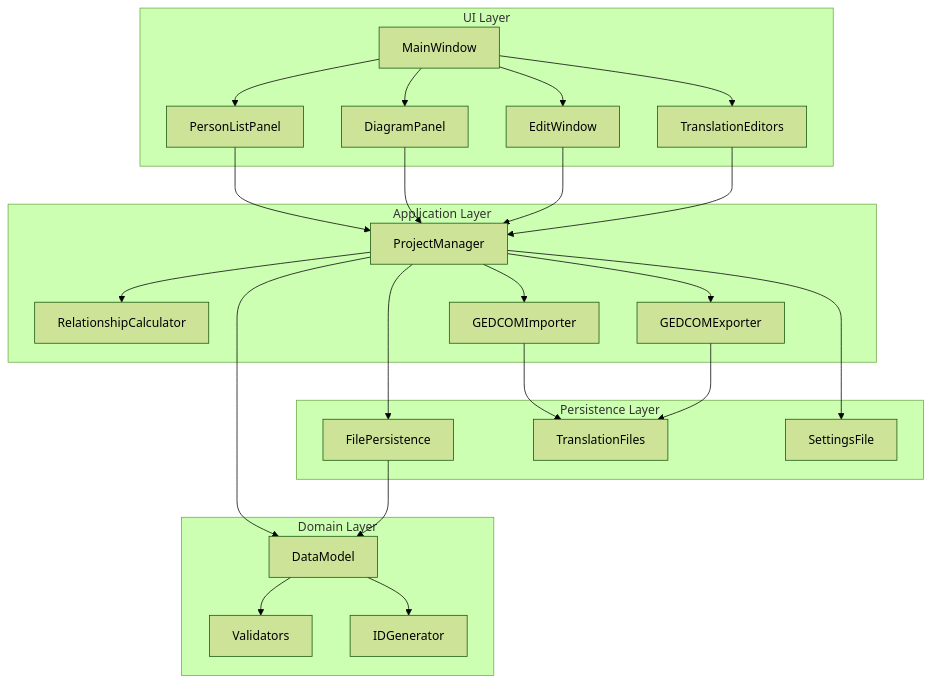
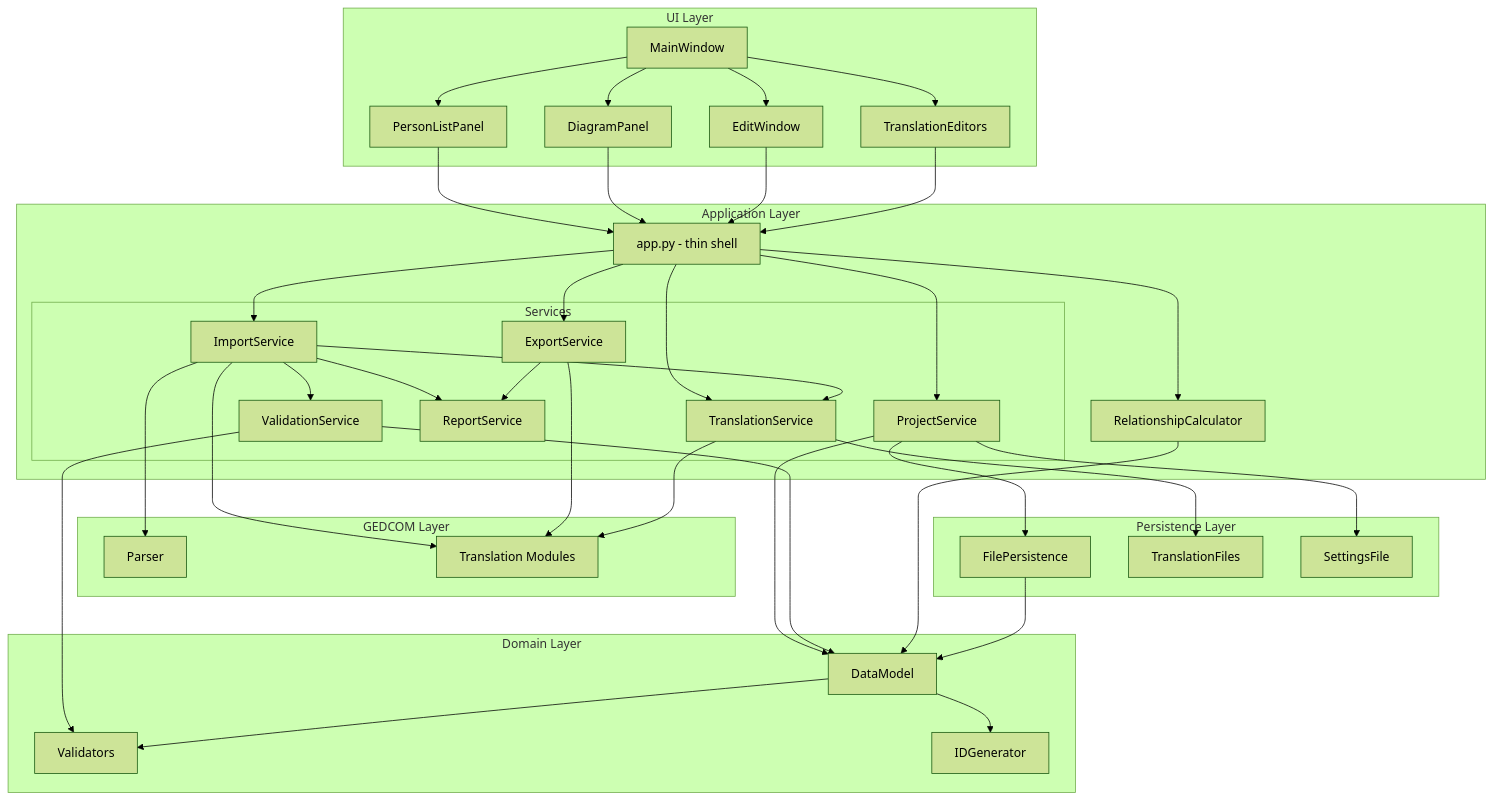
One commit to thelinkan/Sl-ktbusken changed the diagram in .kiro/specs/slaktbusken-genealogy-app/design.md. Above: the diagram before and after it, drawn with Mermaid (forest theme). The commit also changed other lines of this file, not shown here.

````diff
--- a/.kiro/specs/slaktbusken-genealogy-app/design.md
+++ b/.kiro/specs/slaktbusken-genealogy-app/design.md
@@ -23,49 +25,72 @@
 ```mermaid
 graph TB
     subgraph UI Layer
         MW[MainWindow]
         PLP[PersonListPanel]
         DP[DiagramPanel]
         EW[EditWindow]
         TE[TranslationEditors]
     end
 
     subgraph Application Layer
-        PM[ProjectManager]
+        APP[app.py - thin shell]
+        subgraph Services
+            PS[ProjectService]
+            IS[ImportService]
+            ES[ExportService]
+            VS[ValidationService]
+            TS[TranslationService]
+            RS[ReportService]
+        end
         RC[RelationshipCalculator]
-        GI[GEDCOMImporter]
-        GE[GEDCOMExporter]
     end
 
     subgraph Domain Layer
         DM[DataModel]
         VA[Validators]
         IDG[IDGenerator]
+    end
+
+    subgraph GEDCOM Layer
+        GP[Parser]
+        GT[Translation Modules]
     end
 
     subgraph Persistence Layer
         FP[FilePersistence]
         TF[TranslationFiles]
         SF[SettingsFile]
     end
 
     MW --> PLP
     MW --> DP
     MW --> EW
     MW --> TE
-    PLP --> PM
-    DP --> PM
-    EW --> PM
-    TE --> PM
-    PM --> DM
-    PM --> FP
-    PM --> RC
-    PM --> GI
-    PM --> GE
-    GI --> TF
-    GE --> TF
+    PLP --> APP
+    DP --> APP
+    EW --> APP
+    TE --> APP
+    APP --> PS
+    APP --> IS
+    APP --> ES
+    APP --> TS
+    APP --> RC
+    PS --> FP
+    PS --> DM
+    PS --> SF
+    IS --> GP
+    IS --> GT
+    IS --> VS
+    IS --> TS
+    IS --> RS
+    ES --> GT
+    ES --> RS
+    VS --> DM
+    VS --> VA
+    TS --> TF
+    TS --> GT
+    RC --> DM
     FP --> DM
-    PM --> SF
     DM --> VA
     DM --> IDG
 ```
````
